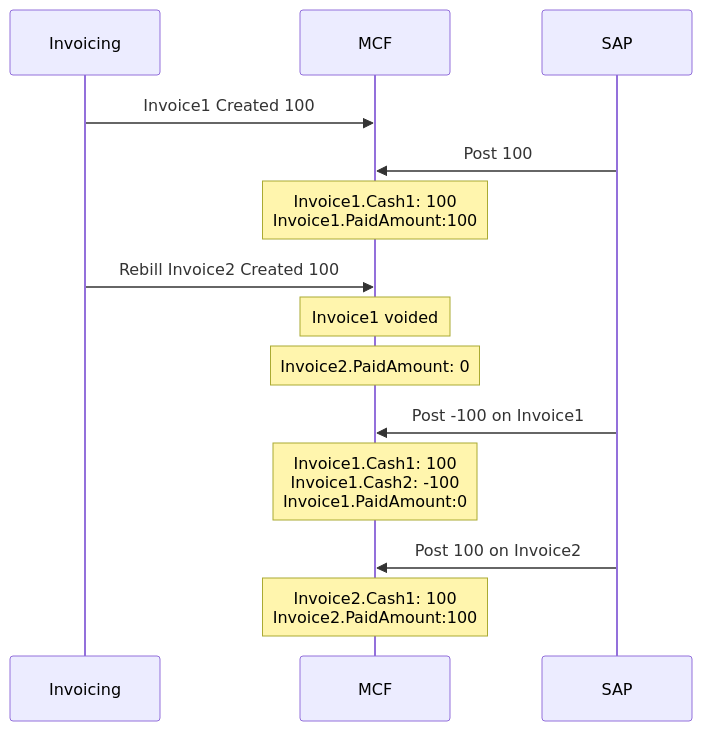
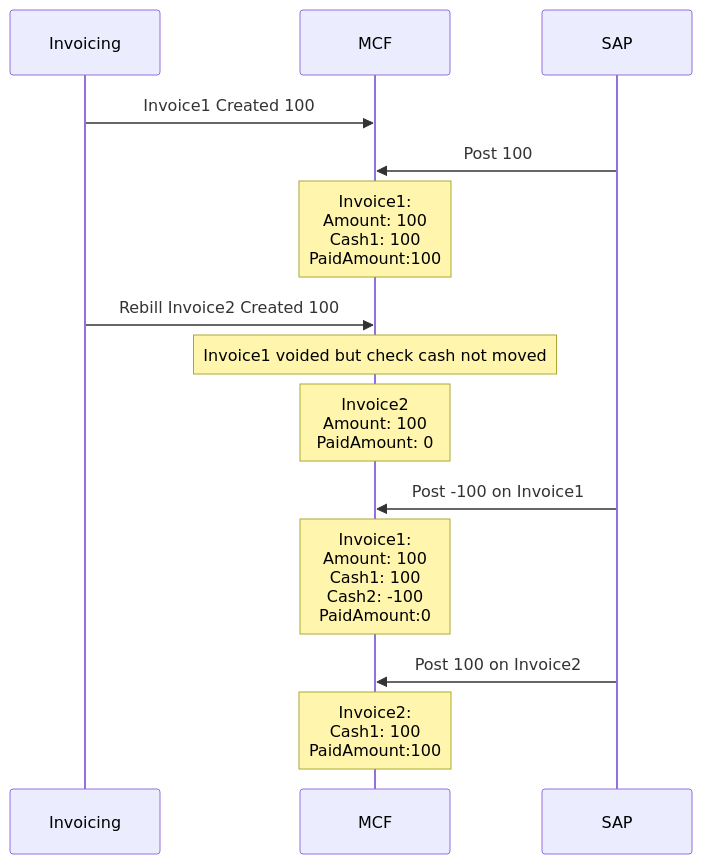
Before and after one commit to vikramsinha/test1: the eighth of 13 diagrams in MCF-SAP Scenarios.md, drawn with Mermaid. The commit also changed other lines of this file, not shown here.

Commit message:
Update MCF-SAP Scenarios.md

````diff
--- a/MCF-SAP Scenarios.md
+++ b/MCF-SAP Scenarios.md
@@ -147,17 +147,17 @@
 ```mermaid
 %%{init: {'theme': 'default'} }%%
 sequenceDiagram
     participant Invoicing
     participant MCF
     participant SAP
     Invoicing->>MCF: Invoice1 Created 100    
     SAP->>MCF: Post 100
-    Note over MCF: Invoice1.Cash1: 100<br/>Invoice1.PaidAmount:100
+    Note over MCF: Invoice1:<br/>Amount: 100<br/>Cash1: 100<br/>PaidAmount:100
     Invoicing->>MCF: Rebill Invoice2 Created 100
-    Note over MCF: Invoice1 voided
-    Note over MCF: Invoice2.PaidAmount: 0
+    Note over MCF: Invoice1 voided but check cash not moved
+    Note over MCF: Invoice2<br/>Amount: 100<br/>PaidAmount: 0
     SAP->>MCF: Post -100 on Invoice1
-    Note over MCF: Invoice1.Cash1: 100<br/>Invoice1.Cash2: -100<br/>Invoice1.PaidAmount:0
+    Note over MCF: Invoice1:<br/>Amount: 100<br/>Cash1: 100<br/>Cash2: -100<br/>PaidAmount:0
     SAP->>MCF: Post 100 on Invoice2
-    Note over MCF: Invoice2.Cash1: 100<br/>Invoice2.PaidAmount:100
+    Note over MCF: Invoice2:<br/>Cash1: 100<br/>PaidAmount:100
 ```
````
